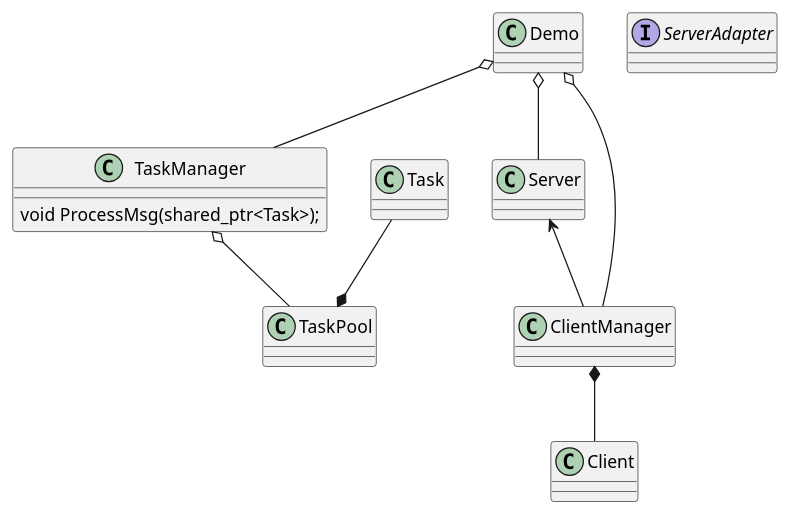
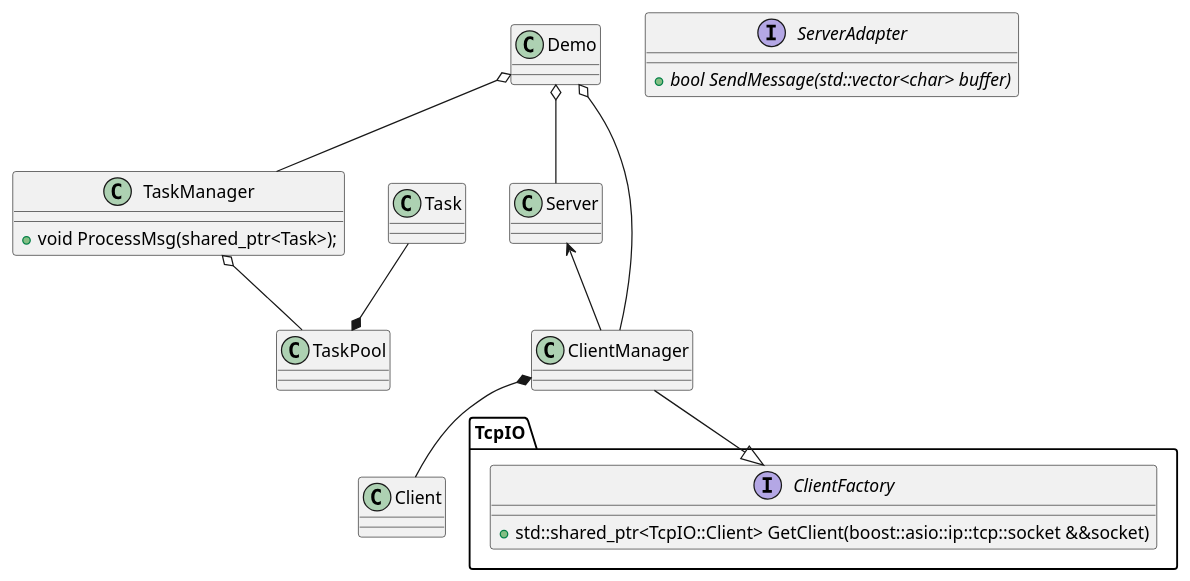
One commit to ZeroOf/cpp_practice changed the diagram in src/DemoApp/design/readme.md. Above: the diagram before and after it, drawn with PlantUML. The commit also changed 5 other files, not shown here.

````diff
--- a/src/DemoApp/design/readme.md
+++ b/src/DemoApp/design/readme.md
@@ -9,22 +9,27 @@
 ```plantuml
-@startuml
+@startuml demoServer
 class Demo
 class TaskManager {
-    void ProcessMsg(shared_ptr<Task>);
+    +void ProcessMsg(shared_ptr<Task>);
 }
-interface ServerAdapter
+interface ServerAdapter {
++{abstract}bool SendMessage(std::vector<char> buffer)
+}
+interface TcpIO.ClientFactory {
++std::shared_ptr<TcpIO::Client> GetClient(boost::asio::ip::tcp::socket &&socket)
+}
 class TaskPool
 class Task
 Task --* TaskPool
 class Server
 class Client
 class ClientManager
-ClientManager *-- Client
 Demo o-- ClientManager
 Demo o-- Server
+ClientManager *-- Client
 TaskManager o-- TaskPool
+Server <-- ClientManager
 Demo o-- TaskManager
-Server <-- ClientManager
-
+ClientManager --|> TcpIO.ClientFactory
 @enduml
 ```
````
